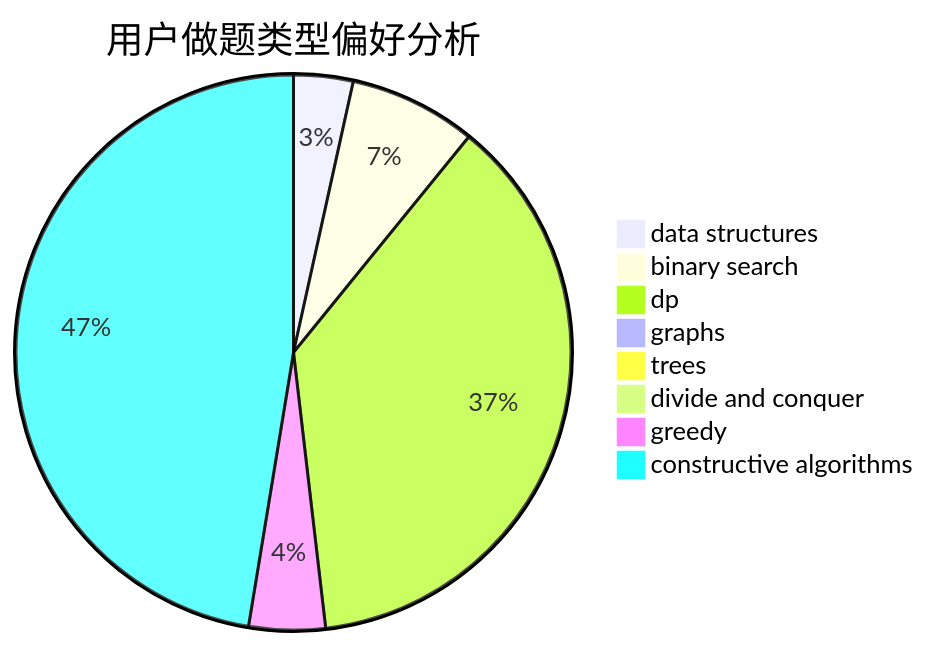
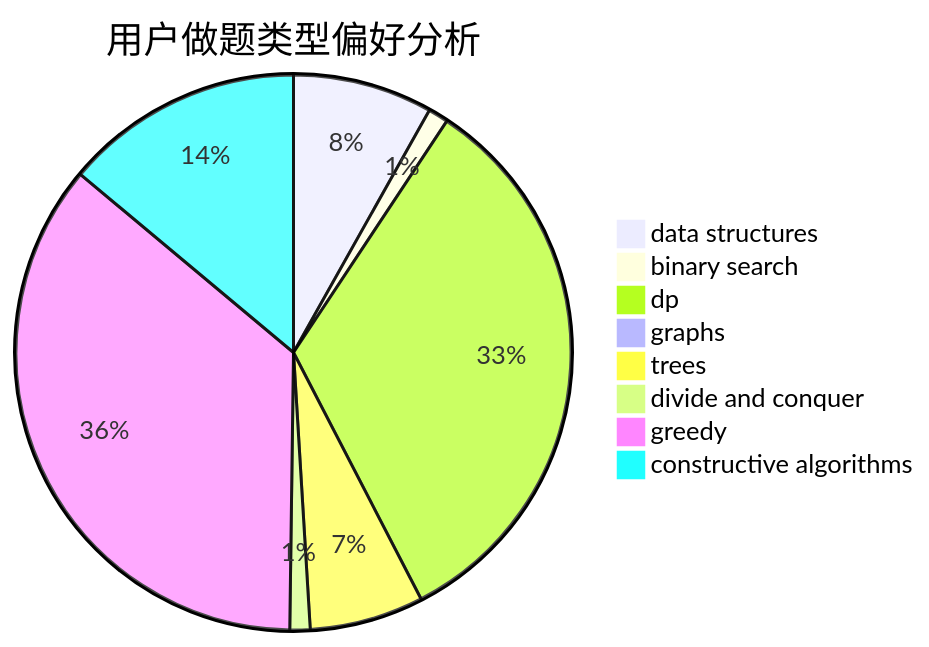
The second of 3 diagrams in docs/user/u1333.md (sherpahu/cfrs.github.io), drawn with Mermaid before and after one commit. The commit also changed other lines of this file and 2770 other files, not shown here.

````diff
--- a/docs/user/u1333.md
+++ b/docs/user/u1333.md
@@ -23,11 +23,11 @@
 ```mermaid
 pie title 用户做题类型偏好分析
-    "data structures" :  14
-    "binary search" :  30
-    "dp" :  151
-    "graphs" :  2
-    "trees" :  0
-    "divide and conquer" :  0
-    "greedy" :  18
-    "constructive algorithms" :  192
+    "data structures" :  76
+    "binary search" :  11
+    "dp" :  309
+    "graphs" :  1
+    "trees" :  62
+    "divide and conquer" :  11
+    "greedy" :  335
+    "constructive algorithms" :  130
 ```
````
